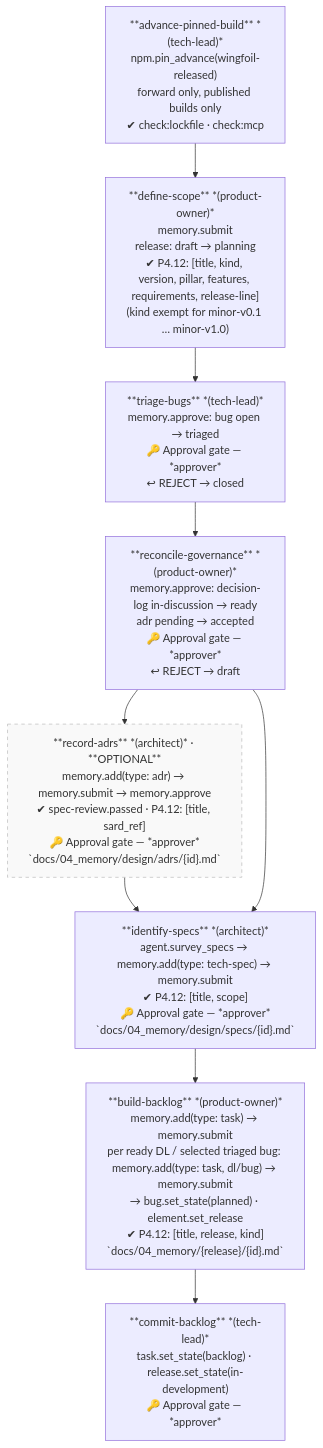
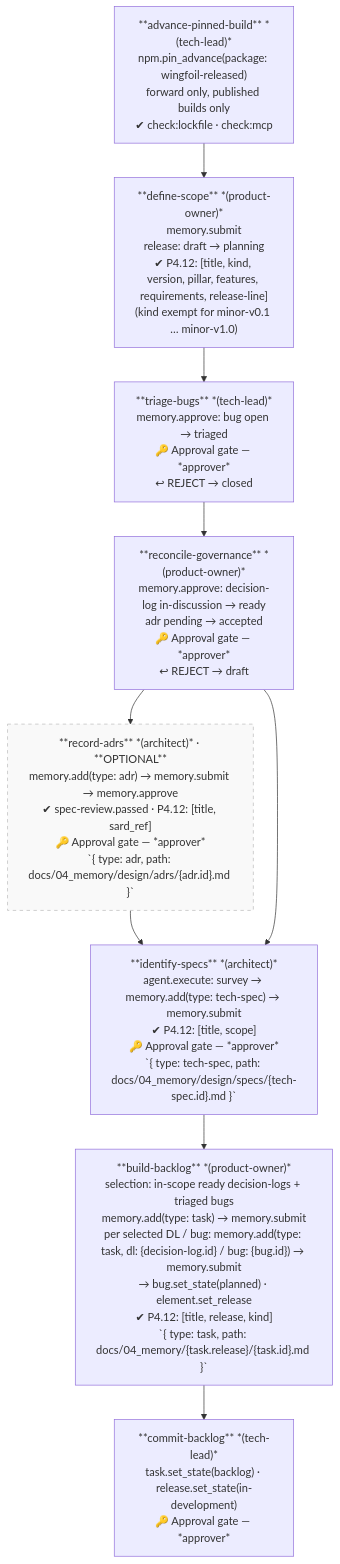
The tenth of 24 diagrams in .wingfoil/WORKFLOW.md (wingfoil/wingfoil), drawn with Mermaid before and after one commit. The commit also changed other lines of this file and 18 other files, not shown here.

````diff
--- a/.wingfoil/WORKFLOW.md
+++ b/.wingfoil/WORKFLOW.md
@@ -243,16 +245,16 @@
 ```mermaid
 flowchart TD
-    AB["**advance-pinned-build** *(tech-lead)*\nnpm.pin_advance(wingfoil-released)\nforward only, published builds only\n✔ check:lockfile · check:mcp"]
+    AB["**advance-pinned-build** *(tech-lead)*\nnpm.pin_advance(package: wingfoil-released)\nforward only, published builds only\n✔ check:lockfile · check:mcp"]
     DS["**define-scope** *(product-owner)*\nmemory.submit\nrelease: draft → planning\n✔ P4.12: [title, kind, version, pillar, features, requirements, release-line]\n(kind exempt for minor-v0.1 … minor-v1.0)"]
     TB["**triage-bugs** *(tech-lead)*\nmemory.approve: bug open → triaged\n🔑 Approval gate — *approver*\n↩ REJECT → closed"]
     RG["**reconcile-governance** *(product-owner)*\nmemory.approve: decision-log in-discussion → ready\nadr pending → accepted\n🔑 Approval gate — *approver*\n↩ REJECT → draft"]
-    RA["**record-adrs** *(architect)* · **OPTIONAL**\nmemory.add(type: adr) → memory.submit → memory.approve\n✔ spec-review.passed · P4.12: [title, sard_ref]\n🔑 Approval gate — *approver*\n`docs/04_memory/design/adrs/{id}.md`"]
-    IS["**identify-specs** *(architect)*\nagent.survey_specs → memory.add(type: tech-spec) → memory.submit\n✔ P4.12: [title, scope]\n🔑 Approval gate — *approver*\n`docs/04_memory/design/specs/{id}.md`"]
-    BB["**build-backlog** *(product-owner)*\nmemory.add(type: task) → memory.submit\nper ready DL / selected triaged bug: memory.add(type: task, dl/bug) → memory.submit\n→ bug.set_state(planned) · element.set_release\n✔ P4.12: [title, release, kind]\n`docs/04_memory/{release}/{id}.md`"]
+    RA["**record-adrs** *(architect)* · **OPTIONAL**\nmemory.add(type: adr) → memory.submit → memory.approve\n✔ spec-review.passed · P4.12: [title, sard_ref]\n🔑 Approval gate — *approver*\n`{ type: adr, path: docs/04_memory/design/adrs/{adr.id}.md }`"]
+    IS["**identify-specs** *(architect)*\nagent.execute: survey → memory.add(type: tech-spec) → memory.submit\n✔ P4.12: [title, scope]\n🔑 Approval gate — *approver*\n`{ type: tech-spec, path: docs/04_memory/design/specs/{tech-spec.id}.md }`"]
+    BB["**build-backlog** *(product-owner)*\nselection: in-scope ready decision-logs + triaged bugs\nmemory.add(type: task) → memory.submit\nper selected DL / bug: memory.add(type: task, dl: {decision-log.id} / bug: {bug.id}) → memory.submit\n→ bug.set_state(planned) · element.set_release\n✔ P4.12: [title, release, kind]\n`{ type: task, path: docs/04_memory/{task.release}/{task.id}.md }`"]
     CB["**commit-backlog** *(tech-lead)*\ntask.set_state(backlog) · release.set_state(in-development)\n🔑 Approval gate — *approver*"]
 
     AB --> DS --> TB --> RG --> RA --> IS --> BB --> CB
     RG --> IS
 
     style RA fill:#f9f9f9,stroke:#bbb,stroke-dasharray:5 5
 ```
````
